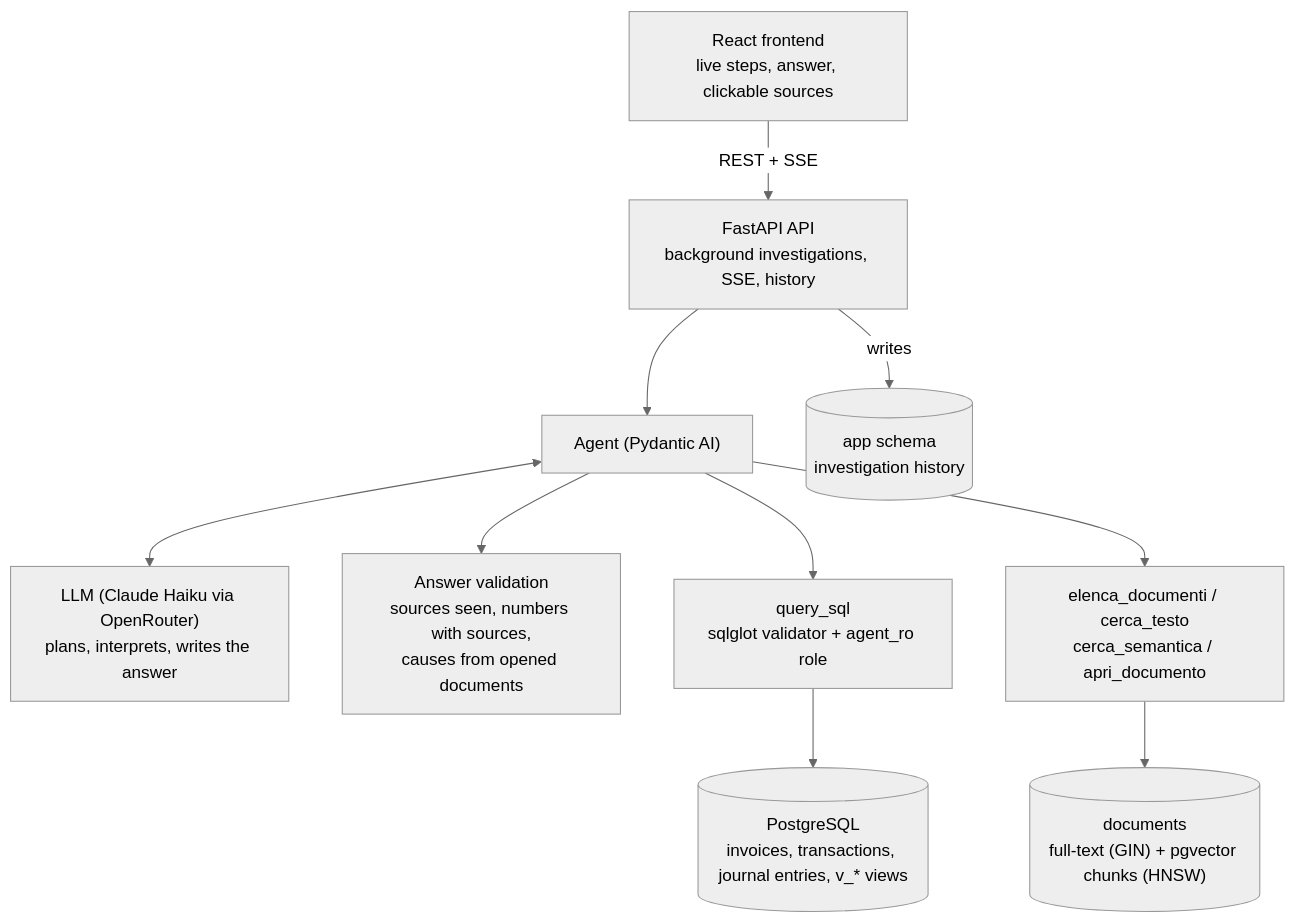
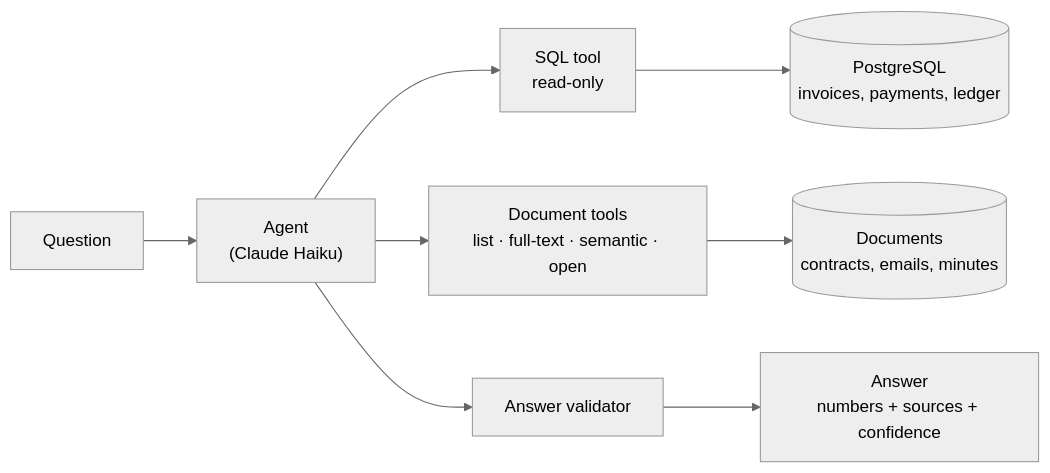
Before and after one commit to denkerito/agentic-rag: the diagram in README.md, drawn with Mermaid (neutral theme). The commit also changed other lines of this file and 1 other file, not shown here.

````diff
--- a/README.md
+++ b/README.md
@@ -88,21 +34,10 @@
 ```mermaid
-flowchart TD
-    UI["React frontend<br/>live steps, answer, clickable sources"]
-    API["FastAPI API<br/>background investigations, SSE, history"]
-    AG["Agent (Pydantic AI)"]
-    LLM["LLM (Claude Haiku via OpenRouter)<br/>plans, interprets, writes the answer"]
-    GUARD["Answer validation<br/>sources seen, numbers with sources,<br/>causes from opened documents"]
-    SQL["query_sql<br/>sqlglot validator + agent_ro role"]
-    RAG["elenca_documenti / cerca_testo<br/>cerca_semantica / apri_documento"]
-    PG[("PostgreSQL<br/>invoices, transactions, journal entries, v_* views")]
-    VEC[("documents<br/>full-text (GIN) + pgvector chunks (HNSW)")]
-    APP[("app schema<br/>investigation history")]
-
-    UI -->|REST + SSE| API
-    API --> AG
-    API -->|writes| APP
-    AG <--> LLM
-    AG --> SQL --> PG
-    AG --> RAG --> VEC
-    AG --> GUARD
+flowchart LR
+    Q["Question"] --> A["Agent<br/>(Claude Haiku)"]
+    A --> SQL["SQL tool<br/>read-only"]
+    A --> DOC["Document tools<br/>list · full-text · semantic · open"]
+    SQL --> PG[("PostgreSQL<br/>invoices, payments, ledger")]
+    DOC --> D[("Documents<br/>contracts, emails, minutes")]
+    A --> V["Answer validator"]
+    V --> R["Answer<br/>numbers + sources + confidence"]
 ```
````
